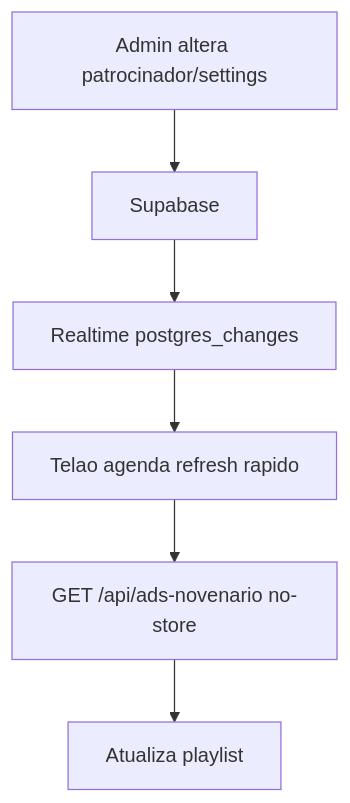
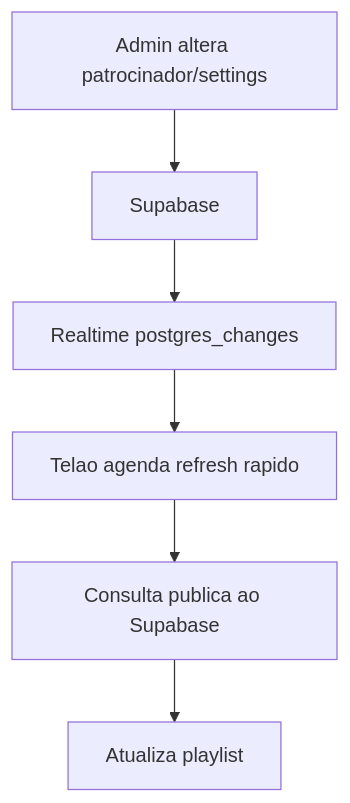
The diagram in docs/cache-e-midia.md (victorpessoa-dev/pascom-stream-view), drawn with Mermaid before and after one commit. The commit also changed other lines of this file and 208 other files, not shown here.

````diff
--- a/docs/cache-e-midia.md
+++ b/docs/cache-e-midia.md
@@ -11,8 +13,8 @@
 ```mermaid
 flowchart TD
   A[Admin altera patrocinador/settings] --> B[Supabase]
   B --> C[Realtime postgres_changes]
   C --> D[Telao agenda refresh rapido]
-  D --> E[GET /api/ads-novenario no-store]
+  D --> E[Consulta publica ao Supabase]
   E --> F[Atualiza playlist]
 ```
````
